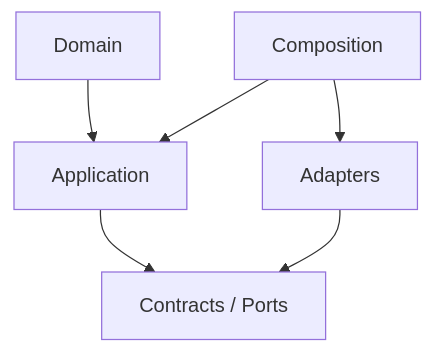
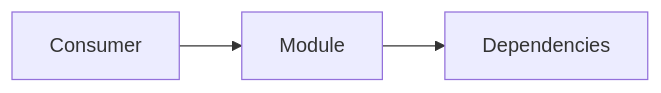
Before and after one commit to 963sup/Line_Bot_v1: the second of 2 diagrams in packages/platform/ARCHITECTURE.md, drawn with Mermaid. The commit also changed other lines of this file and 40 other files, not shown here.

Commit message:
docs: generate architecture maps by module kind

````diff
--- a/packages/platform/ARCHITECTURE.md
+++ b/packages/platform/ARCHITECTURE.md
@@ -20,8 +20,5 @@
 ```mermaid
-flowchart TD
-Domain[Domain] --> Application[Application]
-Application --> Contracts[Contracts / Ports]
-Composition[Composition] --> Application
-Adapters[Adapters] --> Contracts
-Composition --> Adapters
+flowchart LR
+  Consumer[Consumer] --> Module[Module]
+  Module --> Dependencies[Dependencies]
 ```
````
